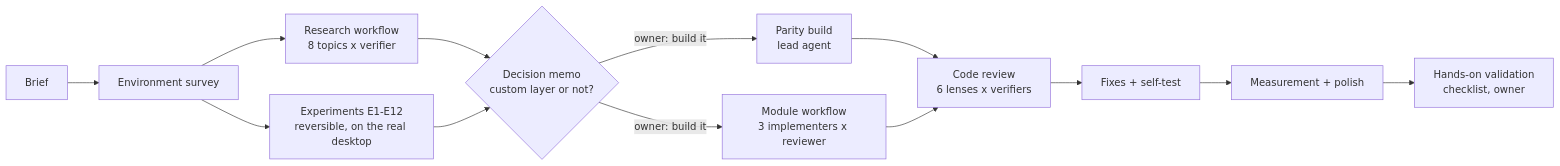
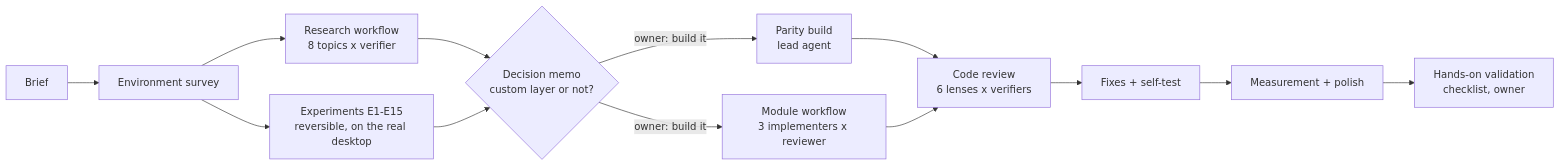
One commit to AlexToumayan/quietdesk changed the diagram in docs/CASE-STUDY.md. Above: the diagram before and after it, drawn with Mermaid. The commit also changed other lines of this file and 20 other files, not shown here.

````diff
--- a/docs/CASE-STUDY.md
+++ b/docs/CASE-STUDY.md
@@ -39,15 +39,15 @@
 ```mermaid
 flowchart LR
   B[Brief] --> S[Environment survey]
   S --> R[Research workflow<br/>8 topics x verifier]
-  S --> E[Experiments E1-E12<br/>reversible, on the real desktop]
+  S --> E[Experiments E1-E15<br/>reversible, on the real desktop]
   R --> D{Decision memo<br/>custom layer or not?}
   E --> D
   D -->|owner: build it| P[Parity build<br/>lead agent]
   D -->|owner: build it| M[Module workflow<br/>3 implementers x reviewer]
   P --> C[Code review<br/>6 lenses x verifiers]
   M --> C
   C --> F[Fixes + self-test]
   F --> Q[Measurement + polish]
   Q --> V[Hands-on validation<br/>checklist, owner]
 ```
````
